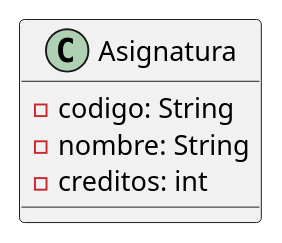
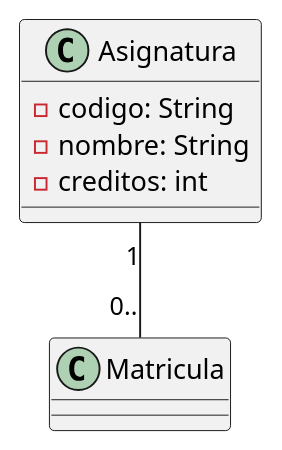
The diagram in src/ejemplo_completo_2/codigo_UML/Asignatura.puml (PaoloTrujillo-7502610016/POO-U4-protocolo-colaborativo-7502610016-7502610019), drawn with PlantUML before and after one commit. The commit also changed 7 other files, not shown here.

```diff
--- a/src/ejemplo_completo_2/codigo_UML/Asignatura.puml
+++ b/src/ejemplo_completo_2/codigo_UML/Asignatura.puml
@@ -1,7 +1,10 @@
 @startuml
     class Asignatura{
         -codigo: String
         -nombre: String
         -creditos: int
     }
+
+    Asignatura "1" -- "0.." Matricula
+
 @enduml
```
